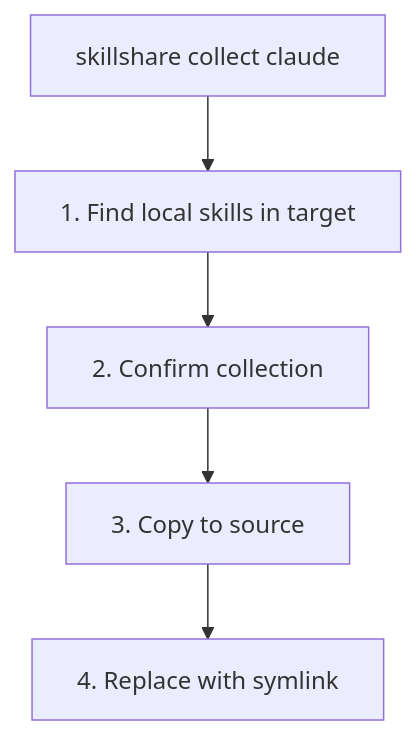
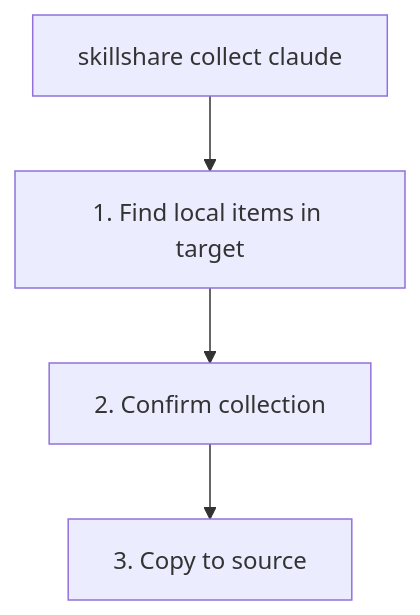
Before and after one commit to sisanderhauglick/skillshare: the diagram in website/docs/reference/commands/collect.md, drawn with Mermaid. The commit also changed other lines of this file and 21 other files, not shown here.

First line of the commit message:
refactor(collect): unify skills/agents flow with collectPlan + generics

````diff
--- a/website/docs/reference/commands/collect.md
+++ b/website/docs/reference/commands/collect.md
@@ -25,9 +31,8 @@
 ```mermaid
 flowchart TD
     CMD["skillshare collect claude"]
-    FIND["1. Find local skills in target"]
+    FIND["1. Find local items in target"]
     CONFIRM["2. Confirm collection"]
     COPY["3. Copy to source"]
-    SYMLINK["4. Replace with symlink"]
-    CMD --> FIND --> CONFIRM --> COPY --> SYMLINK
+    CMD --> FIND --> CONFIRM --> COPY
 ```
````
